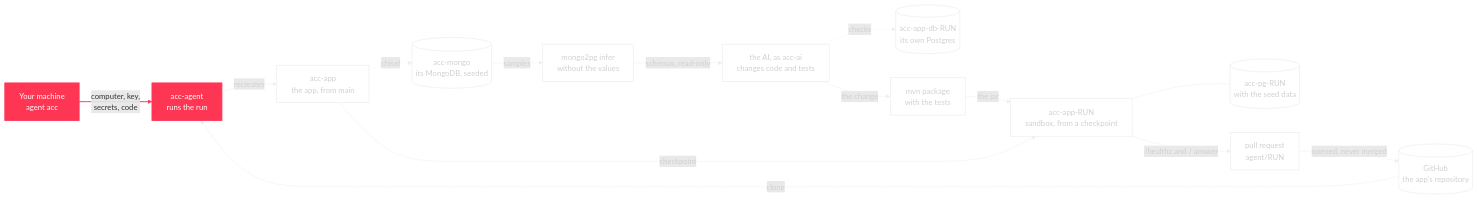
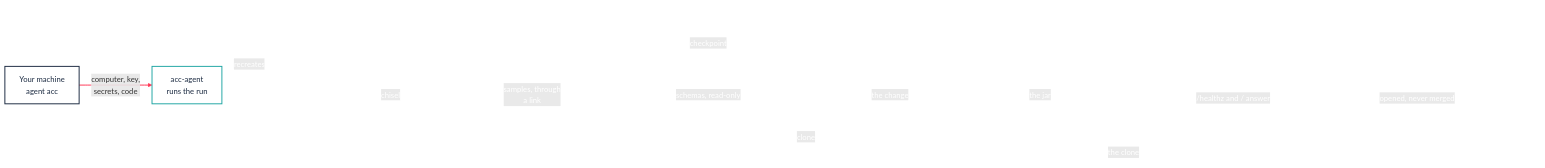
The tenth of 17 diagrams in docs/presentation.md (bertrandcedric/nevia-agent), drawn with Mermaid before and after one commit. The commit also changed other lines of this file and 7 other files, not shown here.

````diff
--- a/docs/presentation.md
+++ b/docs/presentation.md
@@ -420,46 +700,49 @@
 ```mermaid
 flowchart LR
     you["Your machine<br/>agent acc"]
     agent["acc-agent<br/>runs the run"]
     gh[("GitHub<br/>the app's repository")]
     app["acc-app<br/>the app, from main"]
     mongo[("acc-mongo<br/>its MongoDB, seeded")]
     infer["mongo2pg infer<br/>without the values"]
     ai["the AI, as acc-ai<br/>changes code and tests"]
-    dev[("acc-app-db-RUN<br/>its own Postgres")]
-    build["mvn package<br/>with the tests"]
+    build["Build<br/>the app and its tests"]
     sb["acc-app-RUN<br/>sandbox, from a checkpoint"]
-    sbdb[("acc-pg-RUN<br/>with the seed data")]
-    pr["pull request<br/>agent/RUN"]
+    sbdb[("acc-pg-RUN<br/>the AI's postgres-init")]
+    pr["pull request<br/>from agent/RUN"]
     you -->|"computer, key,<br/>secrets, code"| agent
     gh -->|"clone"| agent
     agent -->|"recreates"| app
     app -.->|"chisel"| mongo
-    mongo -->|"samples"| infer
+    mongo -->|"samples, through<br/>a link"| infer
     infer -->|"schemas, read-only"| ai
-    ai -.->|"checks"| dev
+    gh -->|"the clone"| ai
     ai -->|"the change"| build
     app -->|"checkpoint"| sb
     build -->|"the jar"| sb
     sb --- sbdb
     sb -->|"/healthz and / answer"| pr
     pr -->|"opened, never merged"| gh
-    classDef now fill:#ff3554,stroke:#ff3554,color:#fff,stroke-width:2px
-    classDef done fill:#e8eef7,stroke:#4a6fa5,color:#1b2a41
-    classDef todo fill:#fff,stroke:#e6e6e6,color:#d0d0d0
-    class you,agent now
-    class gh,app,mongo,infer,ai,dev,build,sb,sbdb,pr todo
+    classDef kyou fill:#fff,stroke:#1b2a41,color:#1b2a41,stroke-width:2px
+    classDef kcomputer fill:#fff,stroke:#1fa5a3,color:#1b2a41,stroke-width:2px
+    classDef kdb fill:#fff,stroke:#2e9e44,color:#1b2a41,stroke-width:2px
+    classDef kai fill:#fff,stroke:#6f64ff,color:#1b2a41,stroke-width:2px
+    classDef kresult fill:#fff,stroke:#e8833a,color:#1b2a41,stroke-width:2px
+    classDef todo fill:#fff,stroke:#fff,color:#fff
+    class you kyou
+    class agent kcomputer
+    class gh,app,mongo,infer,ai,build,sb,sbdb,pr todo
     linkStyle 0 stroke:#ff3554,stroke-width:2px
-    linkStyle 1 stroke:#eeeeee,color:#d0d0d0
-    linkStyle 2 stroke:#eeeeee,color:#d0d0d0
-    linkStyle 3 stroke:#eeeeee,color:#d0d0d0
-    linkStyle 4 stroke:#eeeeee,color:#d0d0d0
-    linkStyle 5 stroke:#eeeeee,color:#d0d0d0
-    linkStyle 6 stroke:#eeeeee,color:#d0d0d0
-    linkStyle 7 stroke:#eeeeee,color:#d0d0d0
-    linkStyle 8 stroke:#eeeeee,color:#d0d0d0
-    linkStyle 9 stroke:#eeeeee,color:#d0d0d0
-    linkStyle 10 stroke:#eeeeee,color:#d0d0d0
-    linkStyle 11 stroke:#eeeeee,color:#d0d0d0
-    linkStyle 12 stroke:#eeeeee,color:#d0d0d0
+    linkStyle 1 stroke:#fff,color:#fff
+    linkStyle 2 stroke:#fff,color:#fff
+    linkStyle 3 stroke:#fff,color:#fff
+    linkStyle 4 stroke:#fff,color:#fff
+    linkStyle 5 stroke:#fff,color:#fff
+    linkStyle 6 stroke:#fff,color:#fff
+    linkStyle 7 stroke:#fff,color:#fff
+    linkStyle 8 stroke:#fff,color:#fff
+    linkStyle 9 stroke:#fff,color:#fff
+    linkStyle 10 stroke:#fff,color:#fff
+    linkStyle 11 stroke:#fff,color:#fff
+    linkStyle 12 stroke:#fff,color:#fff
 ```
````
